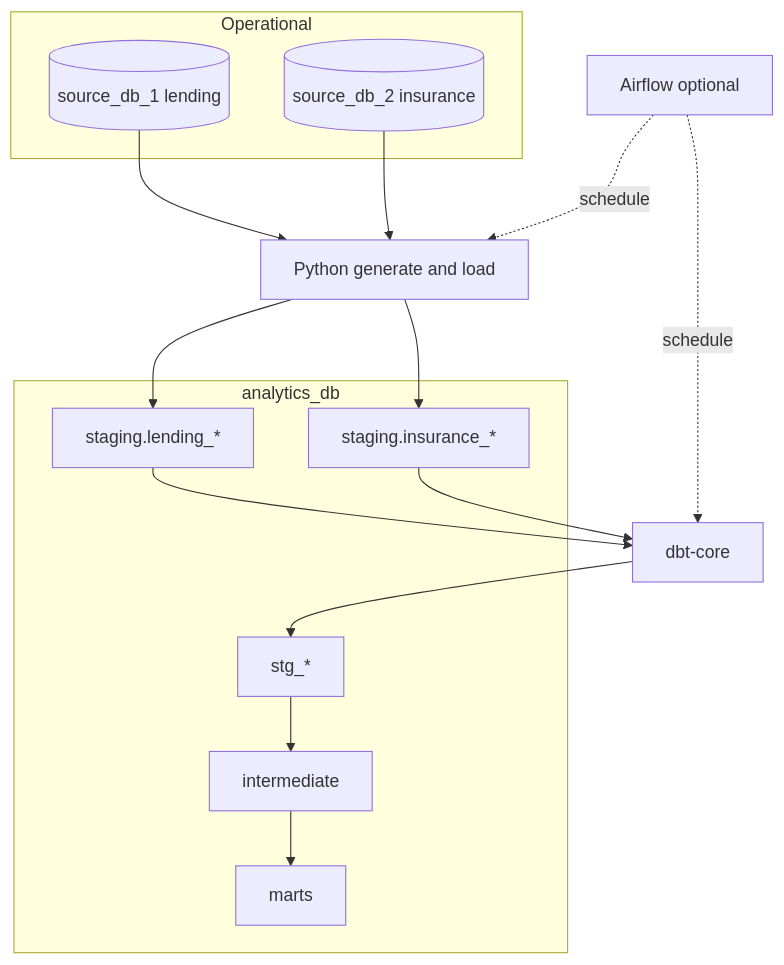
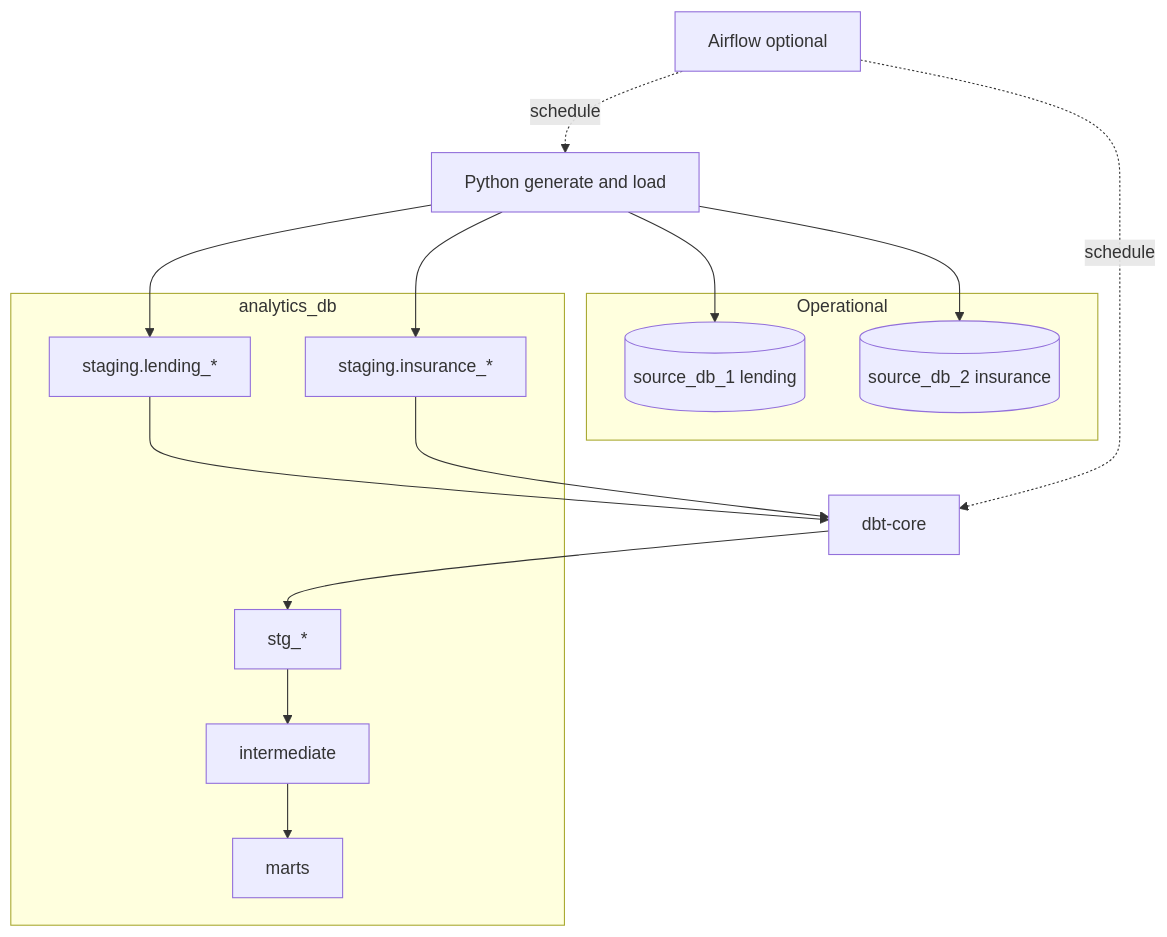
The diagram in README.md (minhsphuc12/mvp-data-product), drawn with Mermaid before and after one commit. The commit also changed other lines of this file, not shown here.

````diff
--- a/README.md
+++ b/README.md
@@ -48,28 +48,28 @@
 ```mermaid
 flowchart TB
   subgraph ops [Operational]
     S1[(source_db_1 lending)]
     S2[(source_db_2 insurance)]
   end
   subgraph wh [analytics_db]
     LND[staging.lending_*]
     INS[staging.insurance_*]
     STG[stg_*]
     INT[intermediate]
     MRT[marts]
   end
   Py[Python generate and load]
   AF[Airflow optional]
   DBT[dbt-core]
-  S1 --> Py
-  S2 --> Py
+  Py --> S1
+  Py --> S2
   AF -.->|schedule| Py
   AF -.->|schedule| DBT
   Py --> LND
   Py --> INS
   LND --> DBT
   INS --> DBT
   DBT --> STG
   STG --> INT
   INT --> MRT
 ```
````
